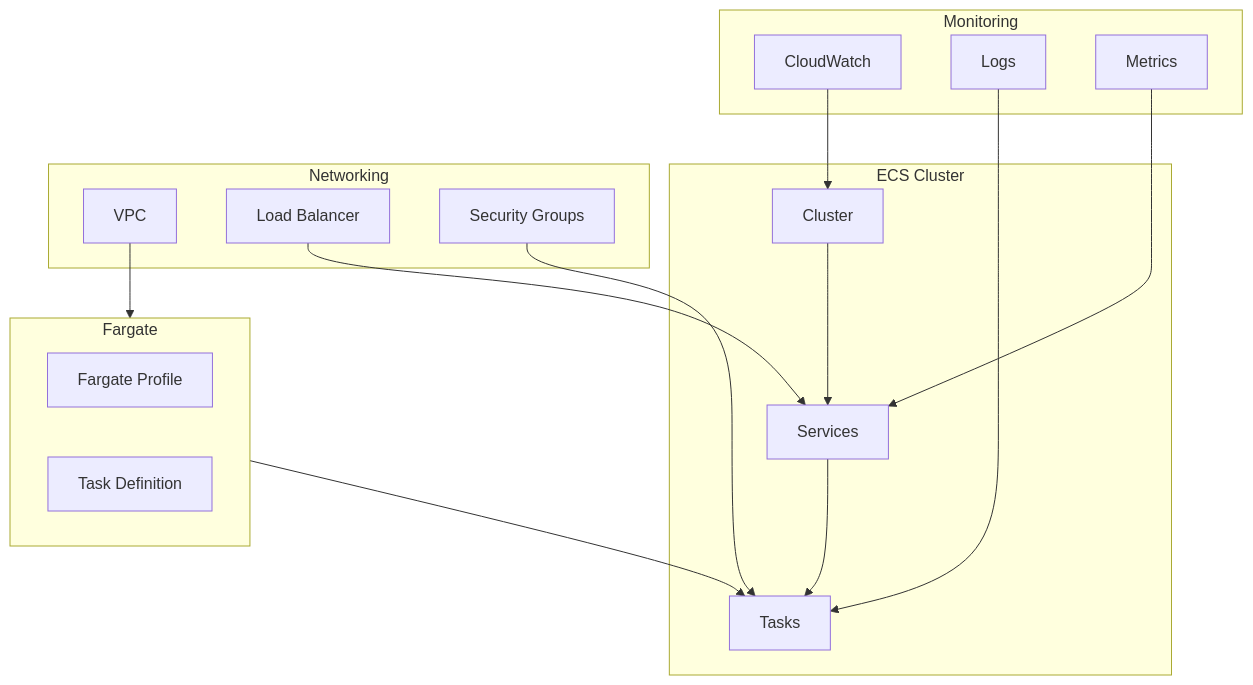
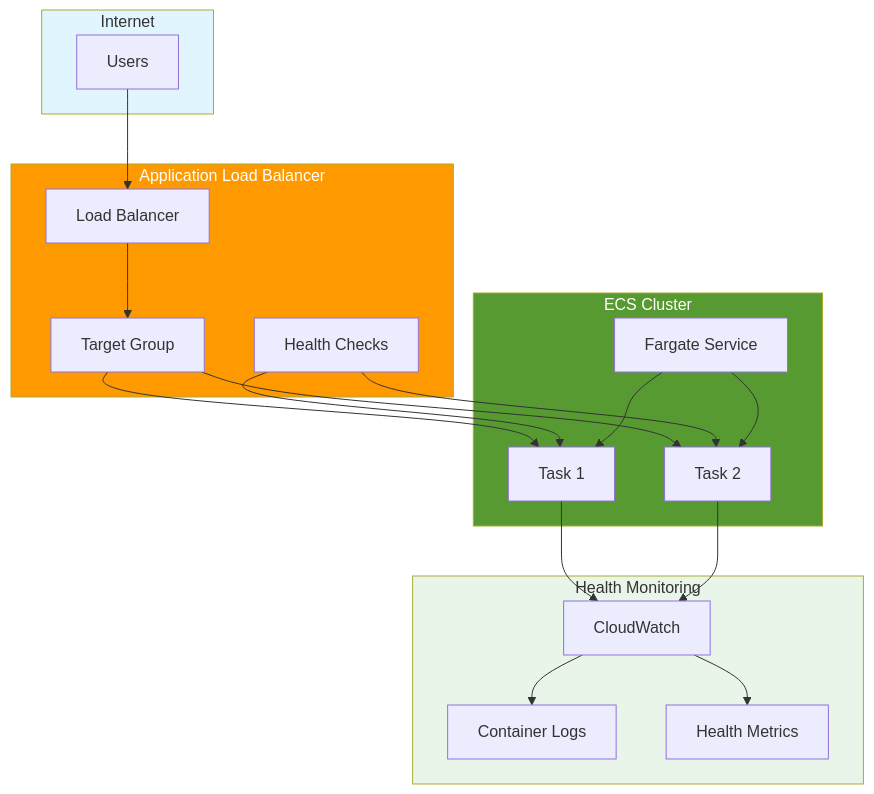
One commit to superluminar-io/aws-modular-workshop changed the first of 2 diagrams in docs/labs/lab_260_ecs_on_fargate/0_intro.md. Above: the diagram before and after it, drawn with Mermaid. The commit also changed other lines of this file and 24 other files, not shown here.

````diff
--- a/docs/labs/lab_260_ecs_on_fargate/0_intro.md
+++ b/docs/labs/lab_260_ecs_on_fargate/0_intro.md
@@ -9,35 +9,42 @@
 ```mermaid
 flowchart TD
-    subgraph ECS["ECS Cluster"]
-        CLUSTER[Cluster]
-        SERVICE[Services]
-        TASK[Tasks]
+    subgraph Internet["Internet"]
+        USER[Users]
     end
 
-    subgraph FARGATE["Fargate"]
-        PROFILE[Fargate Profile]
-        TASK_DEF[Task Definition]
+    subgraph ALB["Application Load Balancer"]
+        LB[Load Balancer]
+        TG[Target Group]
+        HC[Health Checks]
     end
 
-    subgraph NETWORK["Networking"]
-        VPC[VPC]
-        ALB[Load Balancer]
-        SG[Security Groups]
+    subgraph ECS["ECS Cluster"]
+        SERVICE[Fargate Service]
+        TASK1[Task 1]
+        TASK2[Task 2]
     end
 
-    subgraph MONITOR["Monitoring"]
+    subgraph HEALTH["Health Monitoring"]
         CW[CloudWatch]
-        LOGS[Logs]
-        METRICS[Metrics]
+        LOGS[Container Logs]
+        METRICS[Health Metrics]
     end
 
-    CLUSTER --> SERVICE
-    SERVICE --> TASK
-    FARGATE --> TASK
-    VPC --> FARGATE
-    ALB --> SERVICE
-    SG --> TASK
-    CW --> CLUSTER
-    LOGS --> TASK
-    METRICS --> SERVICE
+    USER --> LB
+    LB --> TG
+    TG --> TASK1
+    TG --> TASK2
+    HC --> TASK1
+    HC --> TASK2
+    SERVICE --> TASK1
+    SERVICE --> TASK2
+    TASK1 --> CW
+    TASK2 --> CW
+    CW --> LOGS
+    CW --> METRICS
+
+    style Internet fill:#e1f5fe
+    style ALB fill:#ff9900,color:#fff
+    style ECS fill:#569a31,color:#fff
+    style HEALTH fill:#e8f5e8
 ```
````
